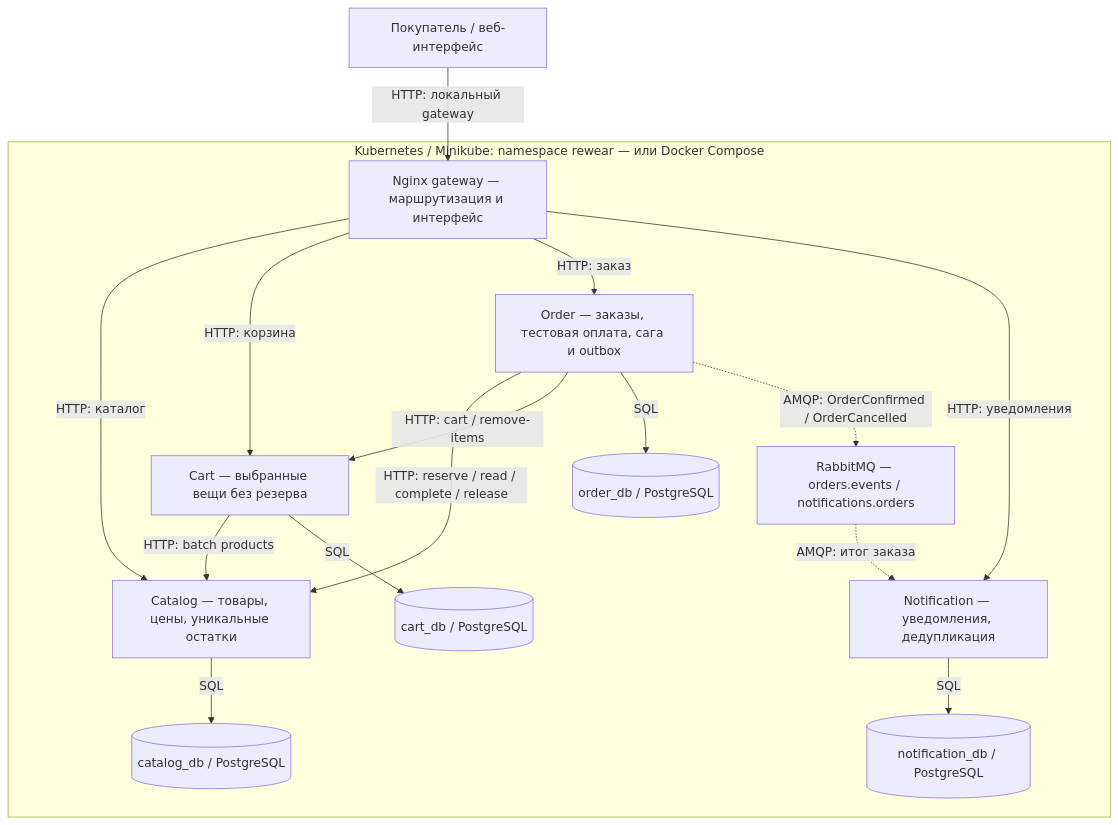
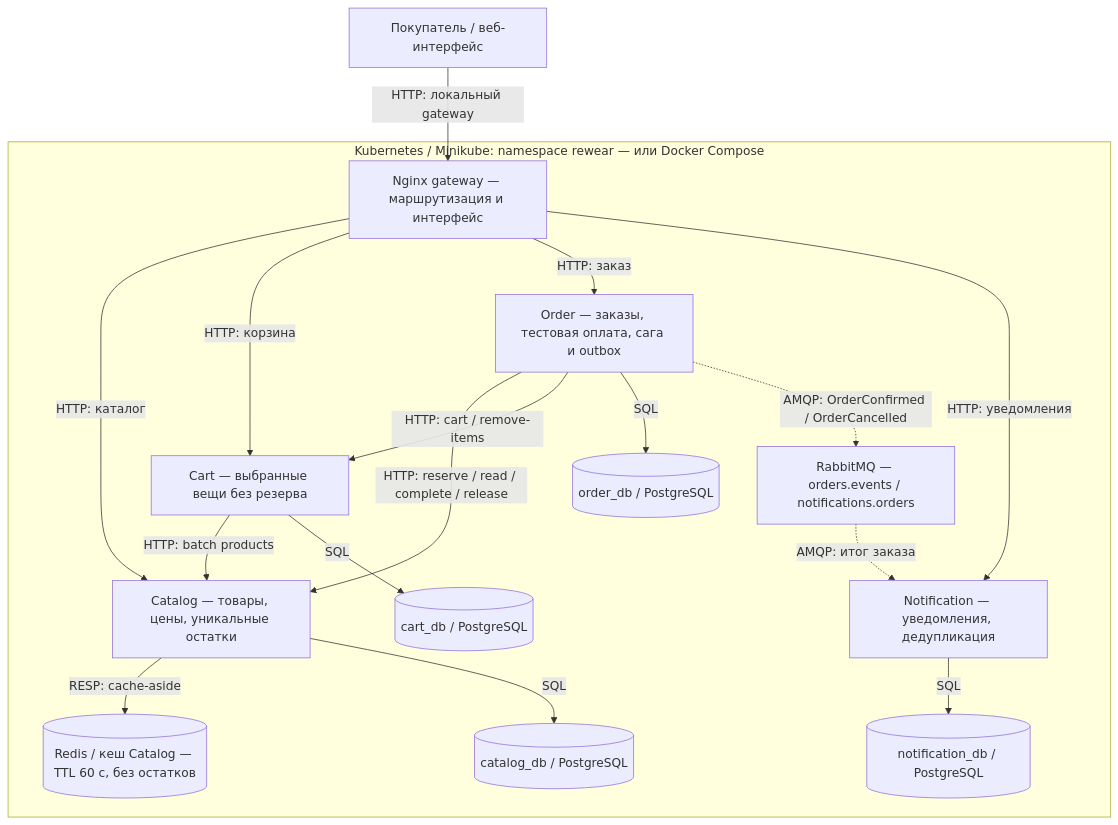
Before and after one commit to fairwix/rewear-microservices-design: the diagram in docs/diagrams/architecture.mmd, drawn with Mermaid. The commit also changed 7 other files, not shown here.

Commit message:
docs: add Redis catalog caching and failure fallback

```diff
--- a/docs/diagrams/architecture.mmd
+++ b/docs/diagrams/architecture.mmd
@@ -1,28 +1,30 @@
 flowchart TB
     UI["Покупатель / веб-интерфейс"]
     subgraph LOCAL["Kubernetes / Minikube: namespace rewear — или Docker Compose"]
         GW["Nginx gateway — маршрутизация и интерфейс"]
         C["Catalog — товары, цены, уникальные остатки"]
         A["Cart — выбранные вещи без резерва"]
         O["Order — заказы, тестовая оплата, сага и outbox"]
         N["Notification — уведомления, дедупликация"]
         CD[("catalog_db / PostgreSQL")]
         AD[("cart_db / PostgreSQL")]
         OD[("order_db / PostgreSQL")]
         ND[("notification_db / PostgreSQL")]
+        R[("Redis / кеш Catalog — TTL 60 с, без остатков")]
         B["RabbitMQ — orders.events / notifications.orders"]
         GW -->|"HTTP: каталог"| C
         GW -->|"HTTP: корзина"| A
         GW -->|"HTTP: заказ"| O
         GW -->|"HTTP: уведомления"| N
         A -->|"HTTP: batch products"| C
         O -->|"HTTP: reserve / read / complete / release"| C
         O -->|"HTTP: cart / remove-items"| A
+        C -->|"RESP: cache-aside"| R
         C -->|SQL| CD
         A -->|SQL| AD
         O -->|SQL| OD
         N -->|SQL| ND
         O -.->|"AMQP: OrderConfirmed / OrderCancelled"| B
         B -.->|"AMQP: итог заказа"| N
     end
     UI -->|"HTTP: локальный gateway"| GW
```
